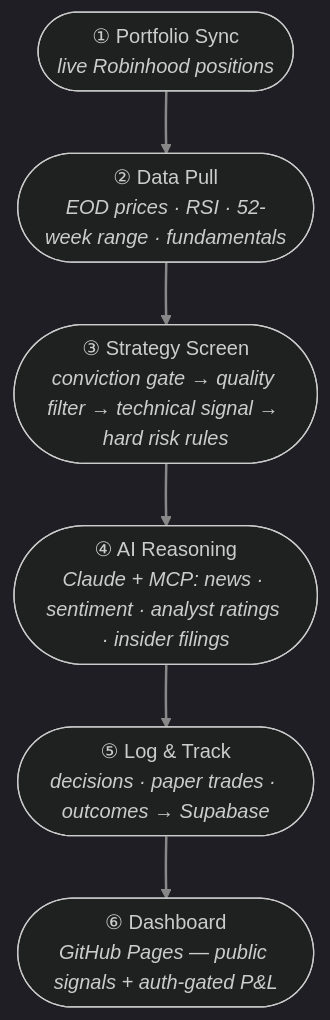
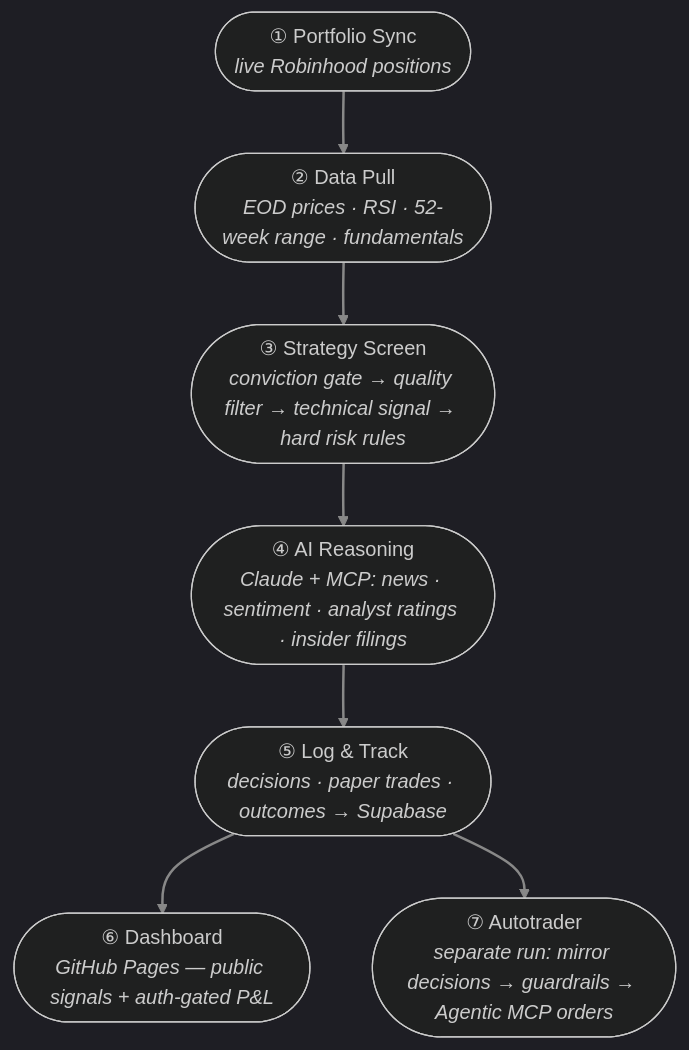
One commit to abhi-kirk/Astra changed the diagram in README.md. Above: the diagram before and after it, drawn with Mermaid (dark theme). The commit also changed other lines of this file and 19 other files, not shown here.

````diff
--- a/README.md
+++ b/README.md
@@ -33,13 +33,15 @@
 ```mermaid
 flowchart TD
     A(["① Portfolio Sync<br/><i>live Robinhood positions</i>"])
     B(["② Data Pull<br/><i>EOD prices · RSI · 52-week range · fundamentals</i>"])
     C(["③ Strategy Screen<br/><i>conviction gate → quality filter → technical signal → hard risk rules</i>"])
     D(["④ AI Reasoning<br/><i>Claude + MCP: news · sentiment · analyst ratings · insider filings</i>"])
     E(["⑤ Log &amp; Track<br/><i>decisions · paper trades · outcomes → Supabase</i>"])
     F(["⑥ Dashboard<br/><i>GitHub Pages — public signals + auth-gated P&amp;L</i>"])
+    G(["⑦ Autotrader<br/><i>separate run: mirror decisions → guardrails → Agentic MCP orders</i>"])
 
     A --> B --> C --> D --> E --> F
+    E --> G
 
     linkStyle default stroke:#888888,stroke-width:2px;
 ```
````
